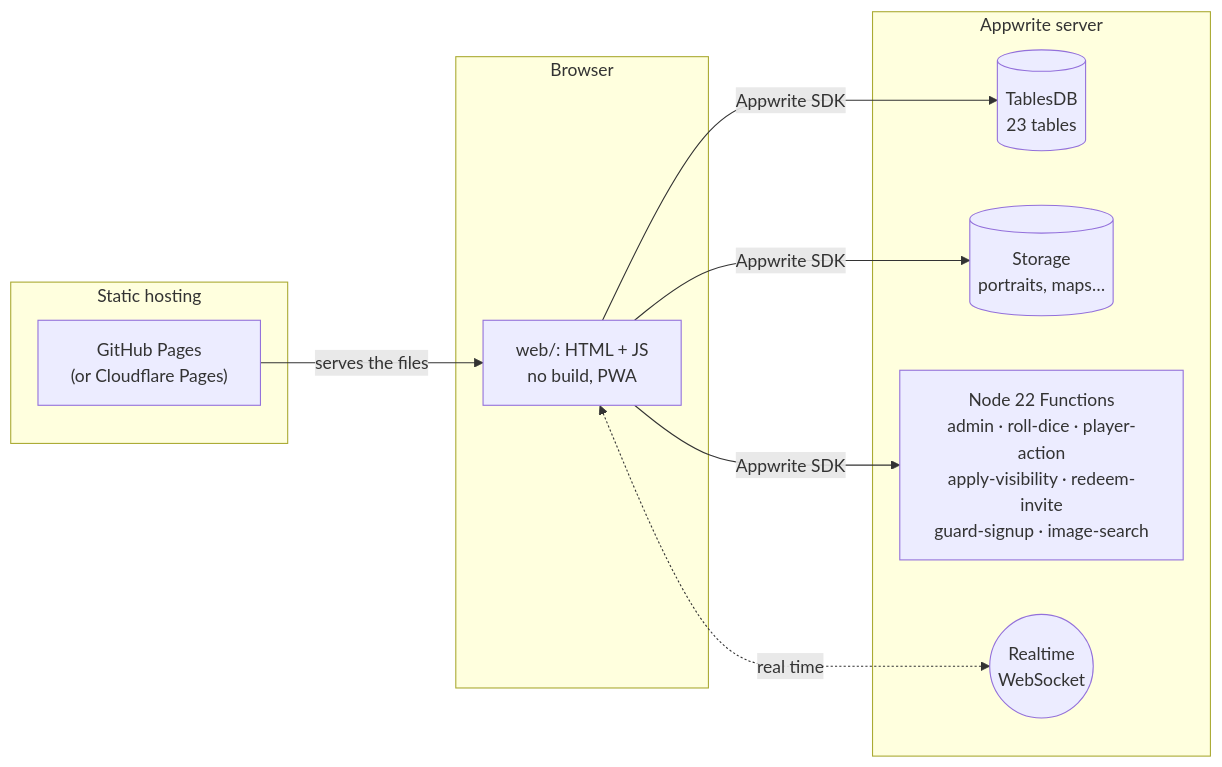
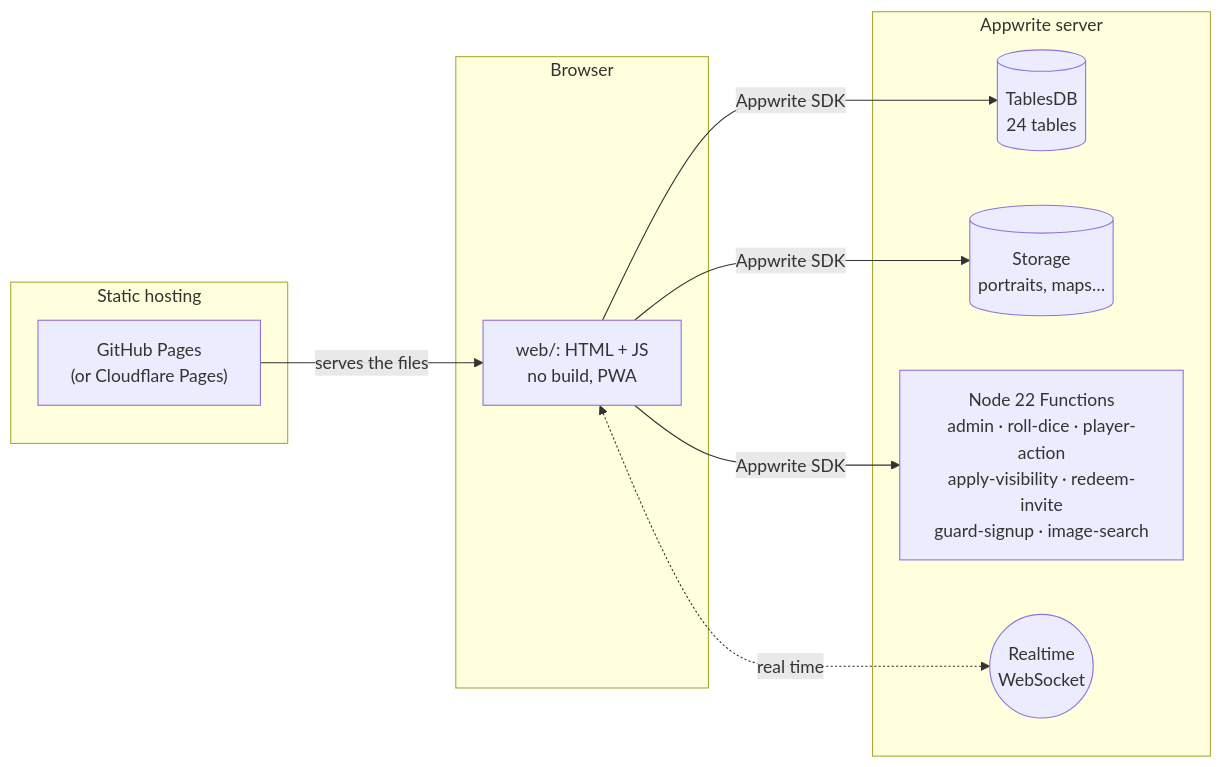
The diagram in README.md (thertemis/table-noire), drawn with Mermaid before and after one commit. The commit also changed other lines of this file and 14 other files, not shown here.

````diff
--- a/README.md
+++ b/README.md
@@ -93,18 +94,18 @@
 ```mermaid
 flowchart LR
   subgraph Browser
     A["web/: HTML + JS<br/>no build, PWA"]
   end
   subgraph Static hosting
     P["GitHub Pages<br/>(or Cloudflare Pages)"]
   end
   subgraph Appwrite server
-    T[("TablesDB<br/>23 tables")]
+    T[("TablesDB<br/>24 tables")]
     S[("Storage<br/>portraits, maps…")]
     F["Node 22 Functions<br/>admin · roll-dice · player-action<br/>apply-visibility · redeem-invite<br/>guard-signup · image-search"]
     R(("Realtime<br/>WebSocket"))
   end
   P -- serves the files --> A
   A -- Appwrite SDK --> T & S & F
   A <-. real time .-> R
 ```
````
